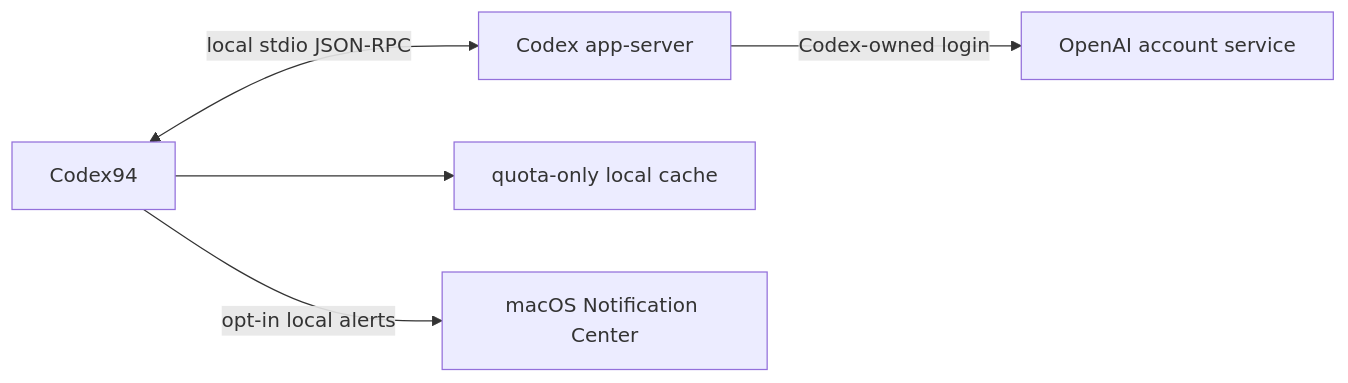
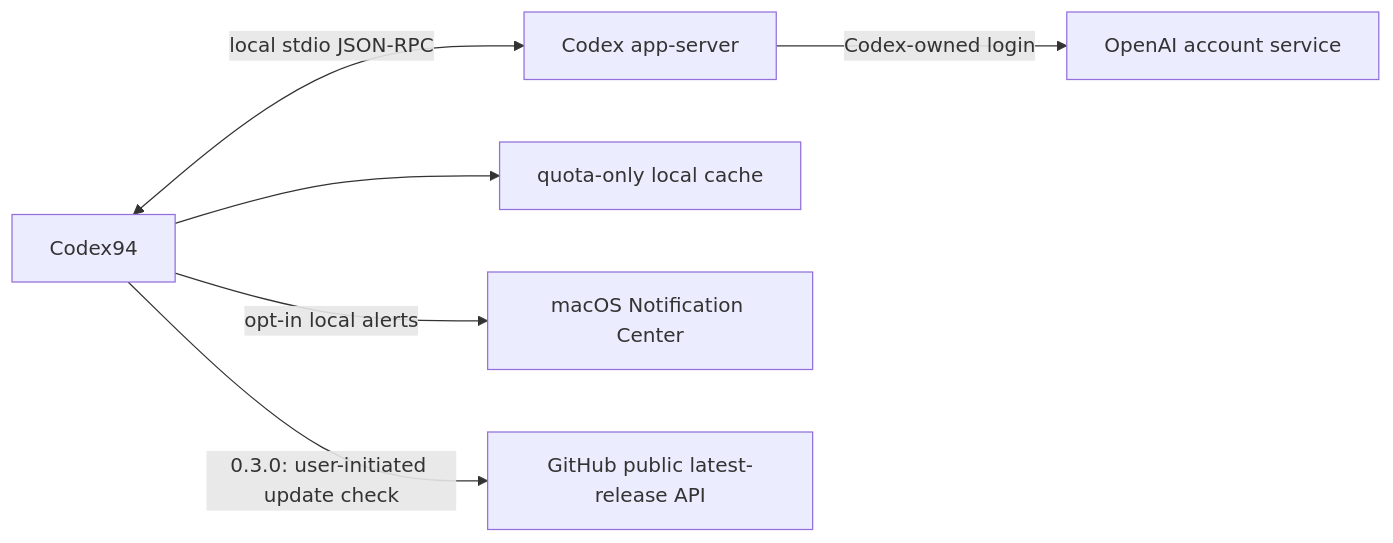
One commit to DEFY-AN94/codex94 changed the diagram in README.md. Above: the diagram before and after it, drawn with Mermaid. The commit also changed other lines of this file and 38 other files, not shown here.

````diff
--- a/README.md
+++ b/README.md
@@ -294,7 +332,8 @@
 ```mermaid
 flowchart LR
     A["Codex94"] <-->|"local stdio JSON-RPC"| B["Codex app-server"]
     B -->|"Codex-owned login"| C["OpenAI account service"]
     A --> D["quota-only local cache"]
     A -->|"opt-in local alerts"| E["macOS Notification Center"]
+    A -->|"0.3.0: user-initiated update check"| F["GitHub public latest-release API"]
 ```
````
